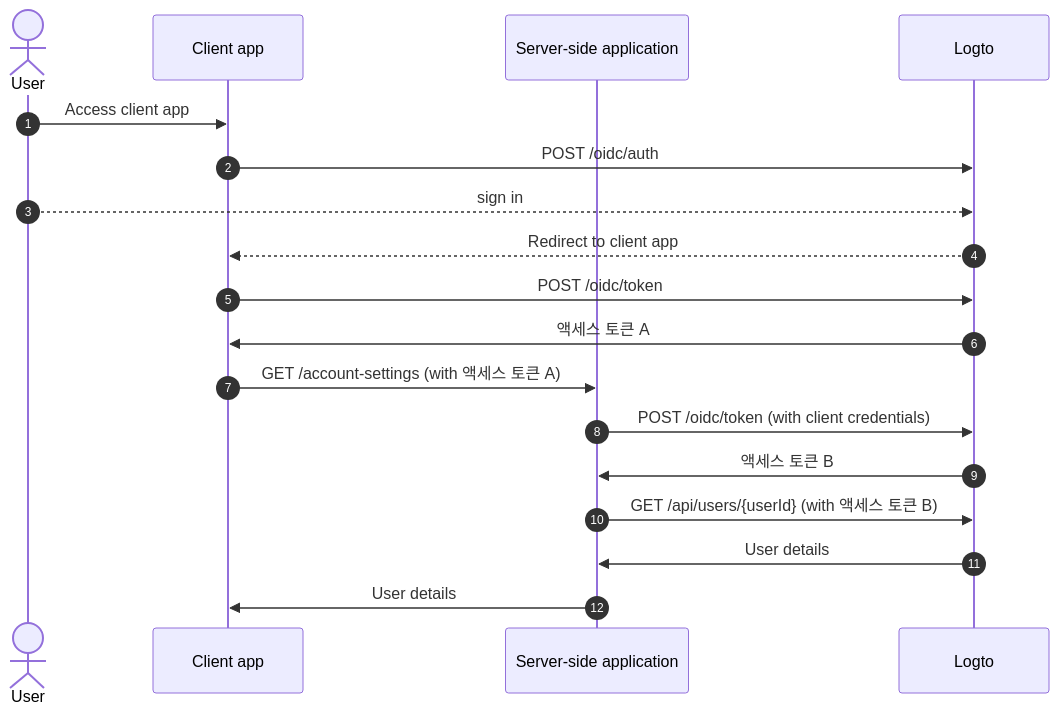
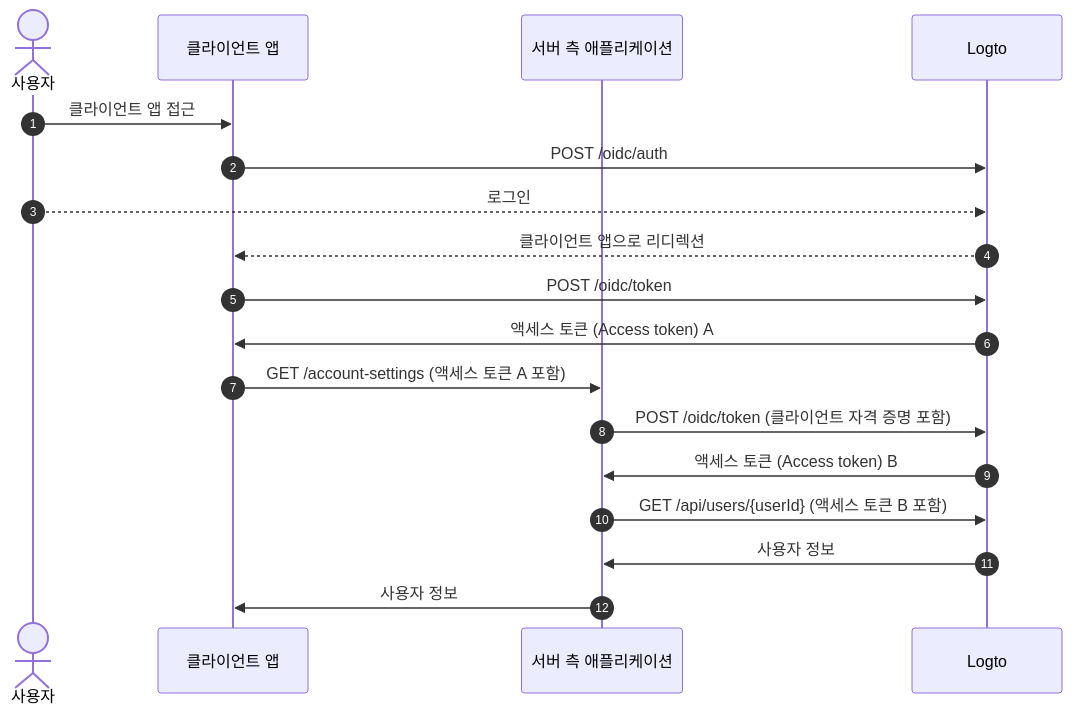
Before and after one commit to logto-io/docs: the second of 3 diagrams in i18n/ko/docusaurus-plugin-content-docs/current/end-user-flows/account-settings/by-management-api.mdx, drawn with Mermaid. The commit also changed other lines of this file and 137 other files, not shown here.

````diff
--- a/i18n/ko/docusaurus-plugin-content-docs/current/end-user-flows/account-settings/by-management-api.mdx
+++ b/i18n/ko/docusaurus-plugin-content-docs/current/end-user-flows/account-settings/by-management-api.mdx
@@ -27,21 +28,21 @@
 ```mermaid
   sequenceDiagram
     autonumber
-    actor User as User
-    participant Client as Client app
-    participant Server as Server-side application
+    actor User as 사용자
+    participant Client as 클라이언트 앱
+    participant Server as 서버 측 애플리케이션
     participant Logto as Logto
 
-    User ->> Client: Access client app
+    User ->> Client: 클라이언트 앱 접근
     Client ->> Logto: POST /oidc/auth
-    User -->> Logto: sign in
-    Logto -->> Client: Redirect to client app
+    User -->> Logto: 로그인
+    Logto -->> Client: 클라이언트 앱으로 리디렉션
     Client ->> Logto: POST /oidc/token
-    Logto ->> Client: 액세스 토큰 A
-    Client ->> Server: GET /account-settings (with 액세스 토큰 A)
-    Server ->> Logto: POST /oidc/token (with client credentials)
-    Logto ->> Server: 액세스 토큰 B
-    Server ->> Logto: GET /api/users/{userId} (with 액세스 토큰 B)
-    Logto ->> Server: User details
-    Server ->> Client: User details
+    Logto ->> Client: 액세스 토큰 (Access token) A
+    Client ->> Server: GET /account-settings (액세스 토큰 A 포함)
+    Server ->> Logto: POST /oidc/token (클라이언트 자격 증명 포함)
+    Logto ->> Server: 액세스 토큰 (Access token) B
+    Server ->> Logto: GET /api/users/{userId} (액세스 토큰 B 포함)
+    Logto ->> Server: 사용자 정보
+    Server ->> Client: 사용자 정보
 ```
````
